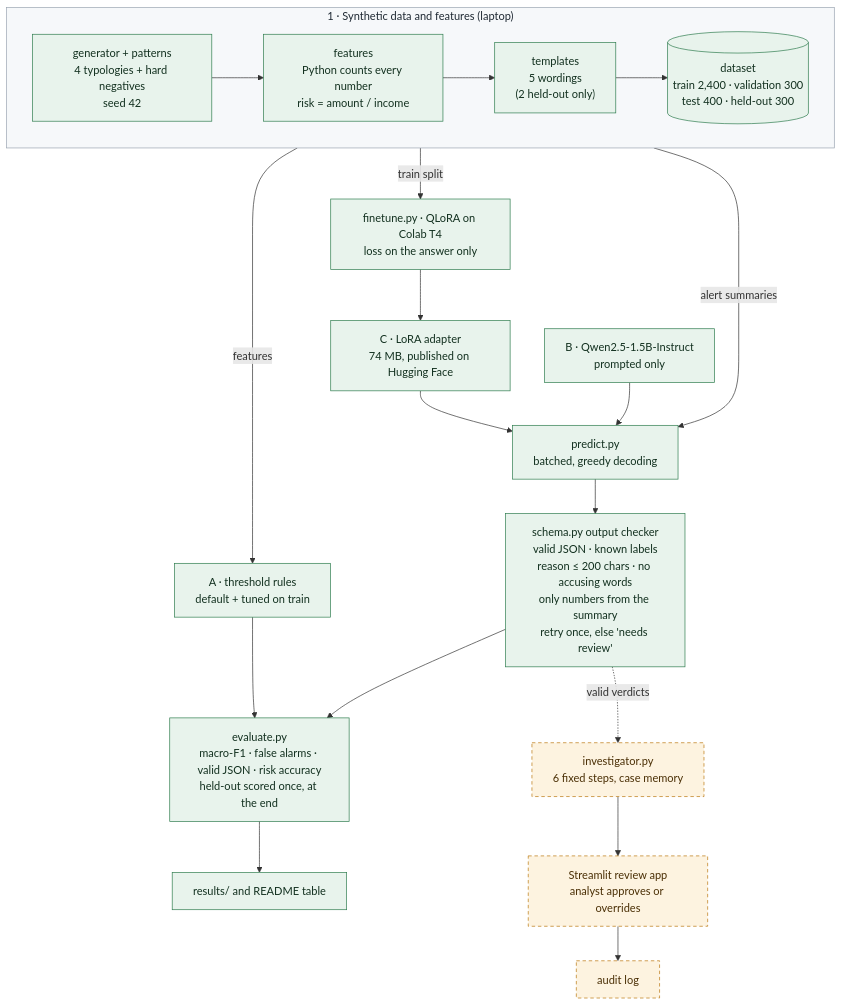
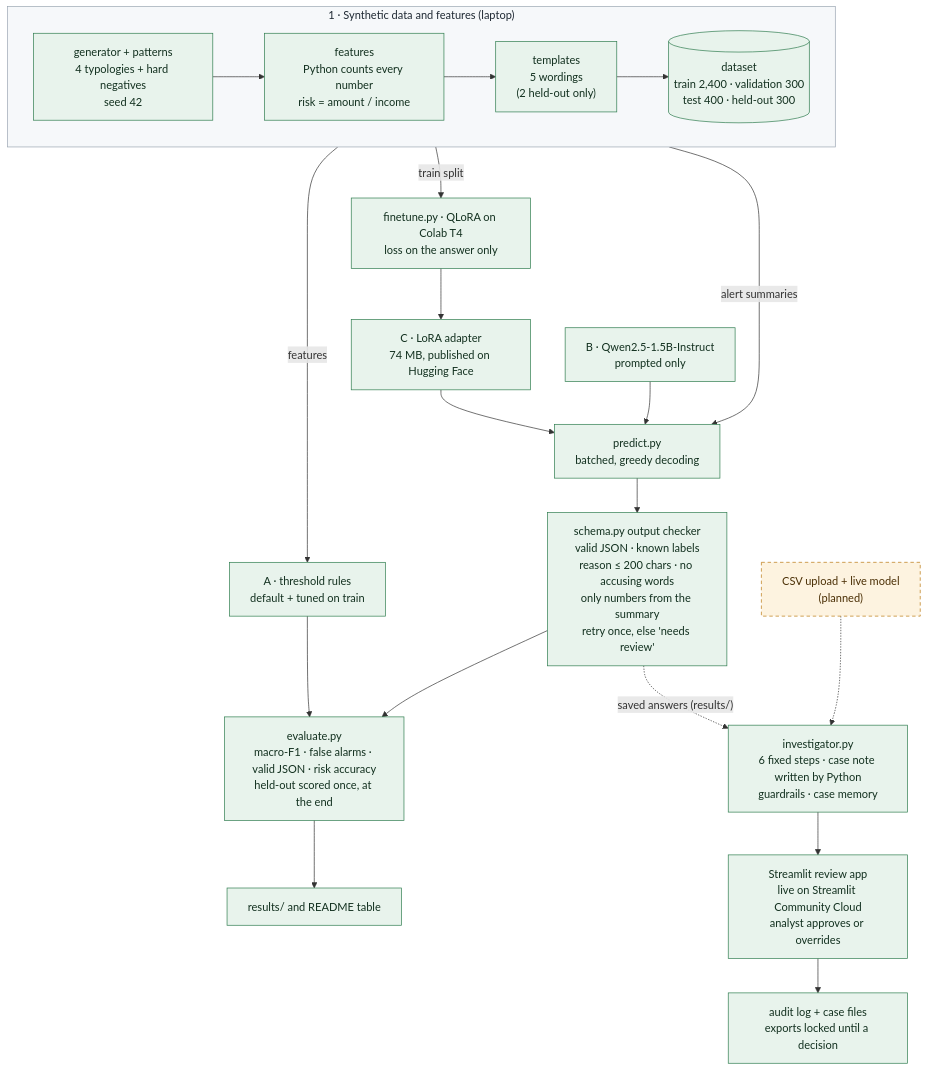
One commit to coachuttam/aml-alert-investigator changed the diagram in docs/architecture.mmd. Above: the diagram before and after it, drawn with Mermaid. The commit also changed 3 other files, not shown here.

Commit message:
Update architecture diagram, add live demo link

```diff
--- a/docs/architecture.mmd
+++ b/docs/architecture.mmd
@@ -1,27 +1,28 @@
 flowchart TB
     subgraph DATA["1 · Synthetic data and features (laptop)"]
         direction LR
         GEN["generator + patterns<br/>4 typologies + hard negatives<br/>seed 42"] --> FEAT["features<br/>Python counts every number<br/>risk = amount / income"] --> TPL["templates<br/>5 wordings<br/>(2 held-out only)"] --> DS[("dataset<br/>train 2,400 · validation 300<br/>test 400 · held-out 300")]
     end
 
     DS -- "features" --> RULES["A · threshold rules<br/>default + tuned on train"]
     DS -- "train split" --> FT["finetune.py · QLoRA on Colab T4<br/>loss on the answer only"]
     DS -- "alert summaries" --> PRED["predict.py<br/>batched, greedy decoding"]
     FT --> AD["C · LoRA adapter<br/>74 MB, published on Hugging Face"]
     AD --> PRED
     BASE["B · Qwen2.5-1.5B-Instruct<br/>prompted only"] --> PRED
 
     PRED --> CHECK["schema.py output checker<br/>valid JSON · known labels<br/>reason ≤ 200 chars · no accusing words<br/>only numbers from the summary<br/>retry once, else 'needs review'"]
     RULES --> EV
     CHECK --> EV["evaluate.py<br/>macro-F1 · false alarms · valid JSON · risk accuracy<br/>held-out scored once, at the end"]
     EV --> RES["results/ and README table"]
 
-    CHECK -. "valid verdicts" .-> INV["investigator.py<br/>6 fixed steps, case memory"]
-    INV --> APP["Streamlit review app<br/>analyst approves or overrides"]
-    APP --> AUD["audit log"]
+    CHECK -. "saved answers (results/)" .-> INV["investigator.py<br/>6 fixed steps · case note written by Python<br/>guardrails · case memory"]
+    INV --> APP["Streamlit review app<br/>live on Streamlit Community Cloud<br/>analyst approves or overrides"]
+    APP --> AUD["audit log + case files<br/>exports locked until a decision"]
+    UP["CSV upload + live model<br/>(planned)"] -.-> INV
 
     classDef done fill:#e8f3ec,stroke:#2f7d4f,color:#12301f;
     classDef plan fill:#fdf3e0,stroke:#b9770e,color:#4a2f05,stroke-dasharray:5 4;
-    class GEN,FEAT,TPL,DS,RULES,BASE,FT,AD,PRED,CHECK,EV,RES done;
-    class INV,APP,AUD plan;
+    class GEN,FEAT,TPL,DS,RULES,BASE,FT,AD,PRED,CHECK,EV,RES,INV,APP,AUD done;
+    class UP plan;
     style DATA fill:#f6f8fa,stroke:#9aa5b1,color:#1f2933
```
